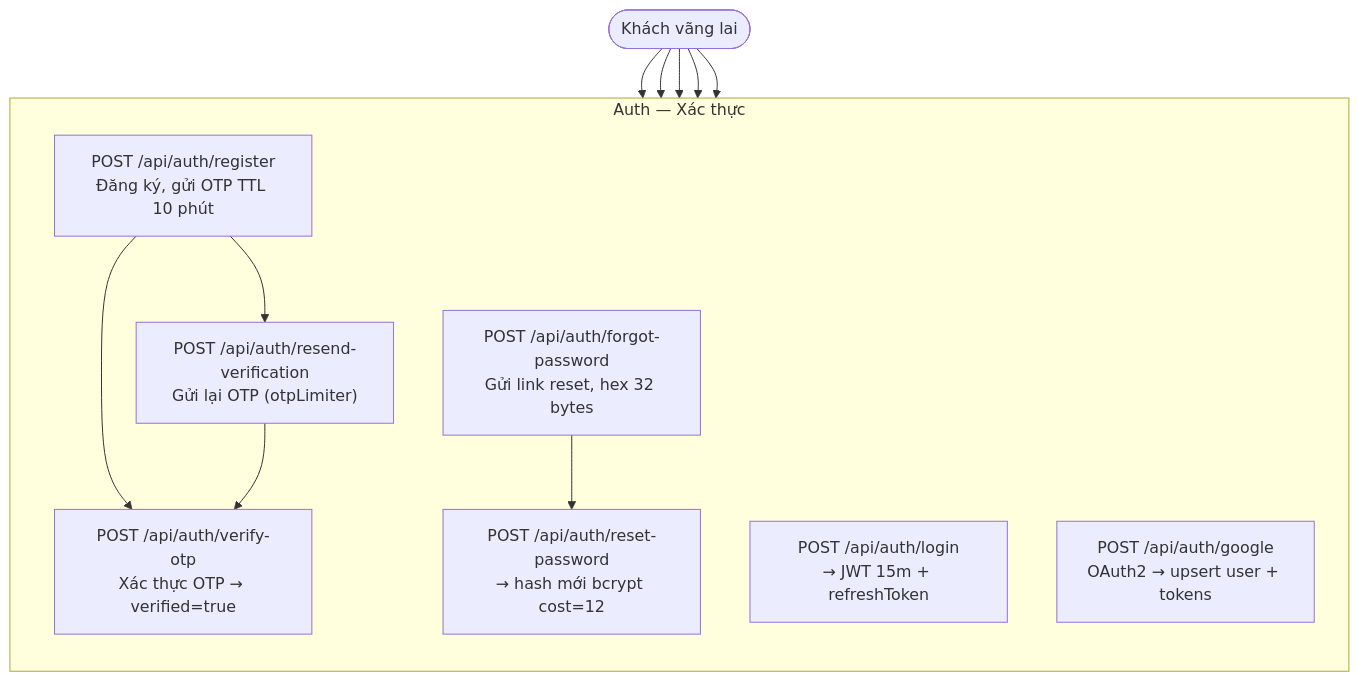
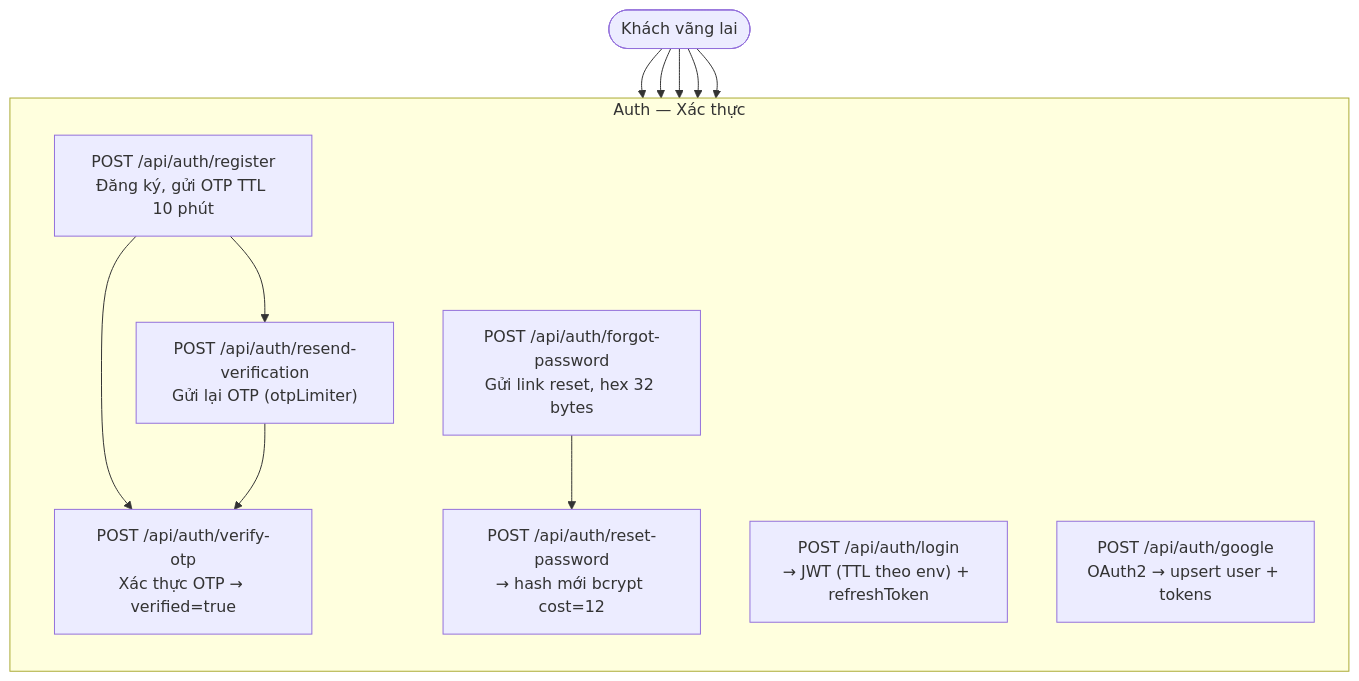
One commit to MinhThang1009/E-commerce-website changed the fourth of 47 diagrams in DIAGRAMS.md. Above: the diagram before and after it, drawn with Mermaid. The commit also changed other lines of this file, not shown here.

First line of the commit message:
docs(diagrams): sửa §2/§7/§8 khớp code sau audit per-element

````diff
--- a/DIAGRAMS.md
+++ b/DIAGRAMS.md
@@ -138,25 +138,25 @@
 ```mermaid
 flowchart TB
     Guest(["Khách vãng lai"])
 
     subgraph AUTH["Auth — Xác thực"]
         direction TB
         A1["POST /api/auth/register<br/>Đăng ký, gửi OTP TTL 10 phút"]
         A2["POST /api/auth/verify-otp<br/>Xác thực OTP → verified=true"]
         A3["POST /api/auth/resend-verification<br/>Gửi lại OTP (otpLimiter)"]
-        A4["POST /api/auth/login<br/>→ JWT 15m + refreshToken"]
+        A4["POST /api/auth/login<br/>→ JWT (TTL theo env) + refreshToken"]
         A5["POST /api/auth/google<br/>OAuth2 → upsert user + tokens"]
         A6["POST /api/auth/forgot-password<br/>Gửi link reset, hex 32 bytes"]
         A7["POST /api/auth/reset-password<br/>→ hash mới bcrypt cost=12"]
         A1 --> A2
         A1 --> A3
         A3 --> A2
         A6 --> A7
     end
 
     Guest --> A1
     Guest --> A3
     Guest --> A4
     Guest --> A5
     Guest --> A6
 ```
````
